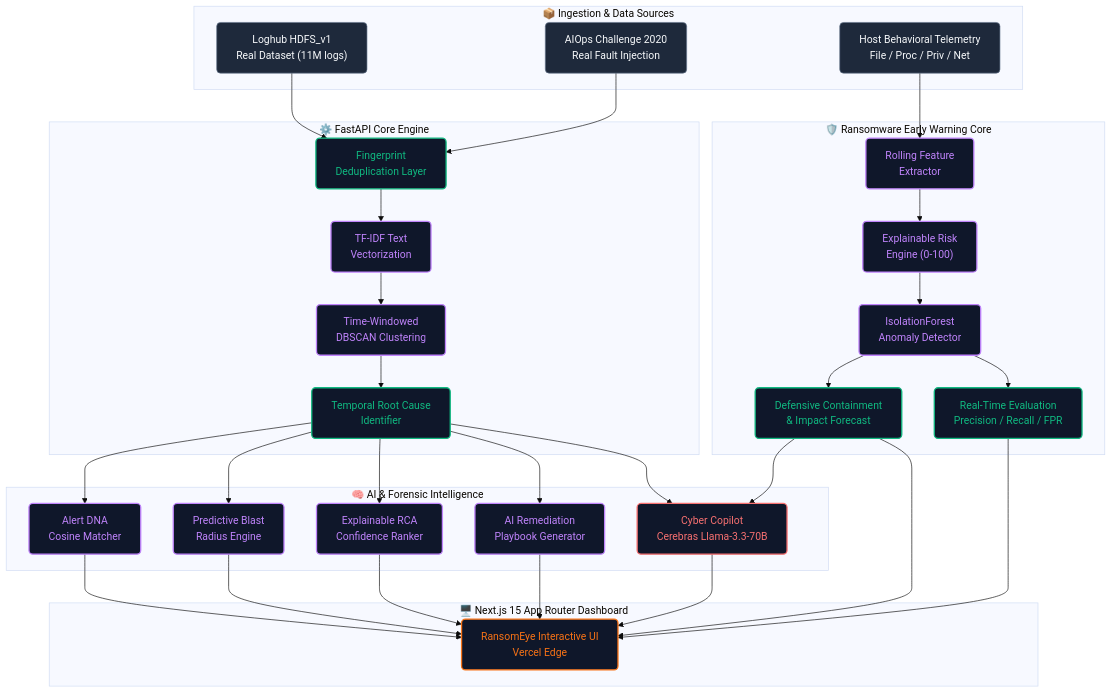
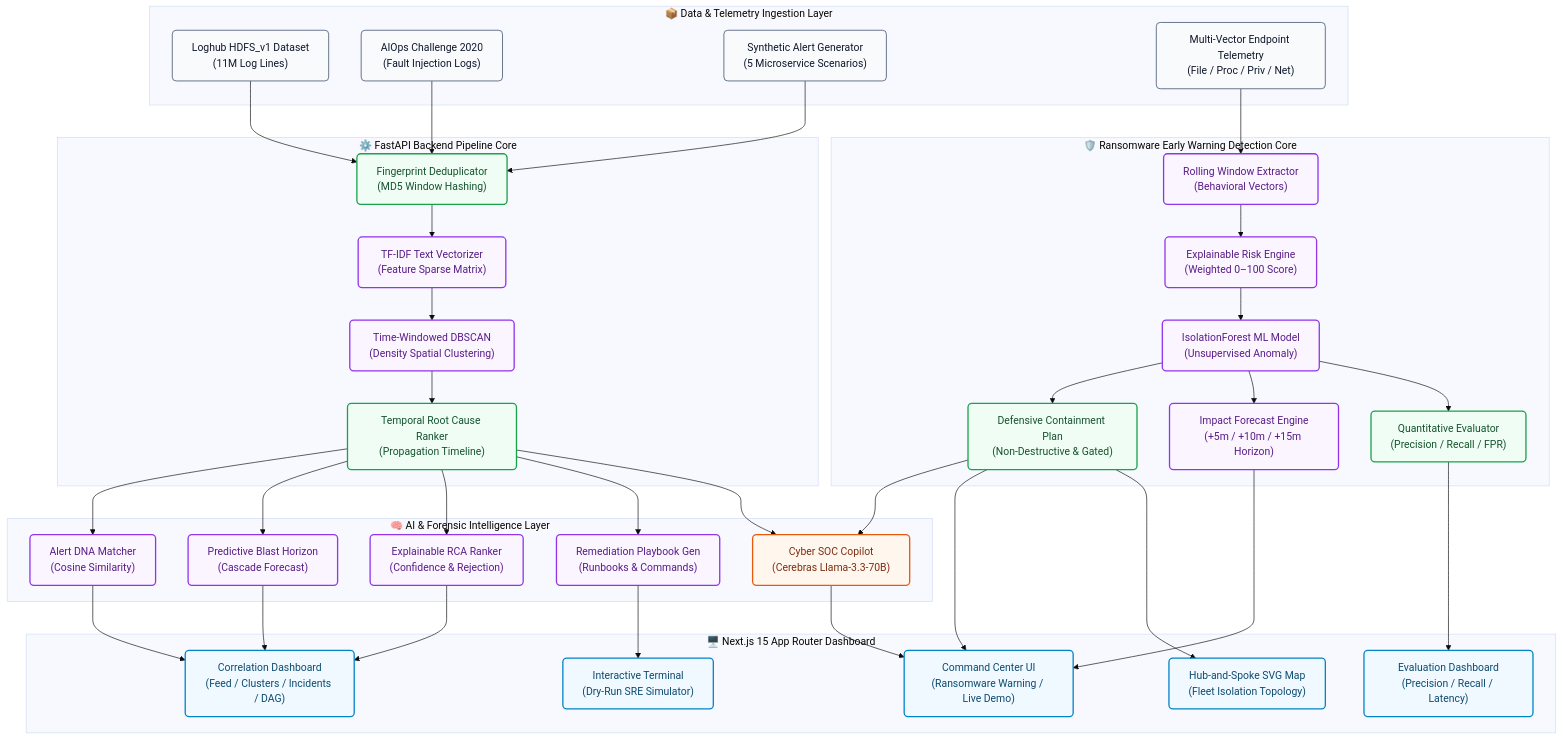
One commit to Aditya-Khetawat/RANSOMEYE-CYBERSECURITY changed the diagram in README.md. Above: the diagram before and after it, drawn with Mermaid (base theme). The commit also changed other lines of this file, not shown here.

Commit message:
docs: rewrite README from scratch with complete multi-tier architecture diagram

````diff
--- a/README.md
+++ b/README.md
@@ -200,70 +97,80 @@
 ```mermaid
 graph TD
-    classDef frontend fill:#0f172a,stroke:#f97316,stroke-width:2px,color:#f97316,rx:6,ry:6;
-    classDef backend fill:#0f172a,stroke:#10b981,stroke-width:2px,color:#10b981,rx:6,ry:6;
-    classDef ml fill:#0f172a,stroke:#c084fc,stroke-width:2px,color:#c084fc,rx:6,ry:6;
-    classDef ai fill:#0f172a,stroke:#f87171,stroke-width:2px,color:#f87171,rx:6,ry:6;
-    classDef external fill:#1e293b,stroke:#64748b,stroke-width:1px,color:#f8fafc,rx:6,ry:6;
+    classDef source fill:#f8fafc,stroke:#64748b,stroke-width:1.5px,color:#0f172a,rx:6,ry:6;
+    classDef engine fill:#f0fdf4,stroke:#16a34a,stroke-width:2px,color:#14532d,rx:6,ry:6;
+    classDef ml fill:#faf5ff,stroke:#9333ea,stroke-width:2px,color:#581c87,rx:6,ry:6;
+    classDef ai fill:#fff7ed,stroke:#ea580c,stroke-width:2px,color:#7c2d12,rx:6,ry:6;
+    classDef ui fill:#f0f9ff,stroke:#0284c7,stroke-width:2px,color:#0c4a6e,rx:6,ry:6;
 
-    subgraph DataSources ["📦 Ingestion & Data Sources"]
-        Loghub["Loghub HDFS_v1<br>Real Dataset (11M logs)"]:::external
-        AIOps["AIOps Challenge 2020<br>Real Fault Injection"]:::external
-        TelemetryGen["Host Behavioral Telemetry<br>File / Proc / Priv / Net"]:::external
+    subgraph DataIngestion ["📦 Data & Telemetry Ingestion Layer"]
+        HDFSDataset["Loghub HDFS_v1 Dataset<br>(11M Log Lines)"]:::source
+        AIOpsDataset["AIOps Challenge 2020<br>(Fault Injection Logs)"]:::source
+        ChaosGen["Synthetic Alert Generator<br>(5 Microservice Scenarios)"]:::source
+        HostTelemetry["Multi-Vector Endpoint Telemetry<br>(File / Proc / Priv / Net)"]:::source
     end
 
-    subgraph CoreBackend ["⚙️ FastAPI Core Engine"]
-        DedupEngine["Fingerprint<br>Deduplication Layer"]:::backend
-        VectorEngine["TF-IDF Text<br>Vectorization"]:::ml
-        DbscanEngine["Time-Windowed<br>DBSCAN Clustering"]:::ml
-        RcaEngine["Temporal Root Cause<br>Identifier"]:::backend
-
-        DedupEngine --> VectorEngine
-        VectorEngine --> DbscanEngine
-        DbscanEngine --> RcaEngine
+    subgraph BackendCore ["⚙️ FastAPI Backend Pipeline Core"]
+        FingerprintDedup["Fingerprint Deduplicator<br>(MD5 Window Hashing)"]:::engine
+        TFIDFEmbedder["TF-IDF Text Vectorizer<br>(Feature Sparse Matrix)"]:::ml
+        DBSCANClusterer["Time-Windowed DBSCAN<br>(Density Spatial Clustering)"]:::ml
+        TemporalRCA["Temporal Root Cause Ranker<br>(Propagation Timeline)"]:::engine
     end
 
-    subgraph RansomwareCore ["🛡️ Ransomware Early Warning Core"]
-        FeatureExtractor["Rolling Feature<br>Extractor"]:::ml
-        RiskEngine["Explainable Risk<br>Engine (0-100)"]:::ml
-        AnomalyDetector["IsolationForest<br>Anomaly Detector"]:::ml
-        ContainmentEngine["Defensive Containment<br>& Impact Forecast"]:::backend
-        EvalModule["Real-Time Evaluation<br>Precision / Recall / FPR"]:::backend
-
-        FeatureExtractor --> RiskEngine
-        RiskEngine --> AnomalyDetector
-        AnomalyDetector --> ContainmentEngine
-        AnomalyDetector --> EvalModule
+    subgraph RansomwareCore ["🛡️ Ransomware Early Warning Detection Core"]
+        FeatureExtractor["Rolling Window Extractor<br>(Behavioral Vectors)"]:::ml
+        RiskEngine["Explainable Risk Engine<br>(Weighted 0–100 Score)"]:::ml
+        IsolationForest["IsolationForest ML Model<br>(Unsupervised Anomaly)"]:::ml
+        ContainmentEngine["Defensive Containment Plan<br>(Non-Destructive & Gated)"]:::engine
+        ForecastEngine["Impact Forecast Engine<br>(+5m / +10m / +15m Horizon)"]:::ml
+        EvalEvaluator["Quantitative Evaluator<br>(Precision / Recall / FPR)"]:::engine
     end
 
-    subgraph IntelligenceLayer ["🧠 AI & Forensic Intelligence"]
-        AlertDNA["Alert DNA<br>Cosine Matcher"]:::ml
-        BlastForecast["Predictive Blast<br>Radius Engine"]:::ml
-        XaiRca["Explainable RCA<br>Confidence Ranker"]:::ml
-        PlaybookGen["AI Remediation<br>Playbook Generator"]:::ml
-        Llamacopilot["Cyber Copilot<br>Cerebras Llama-3.3-70B"]:::ai
+    subgraph IntelligenceLayer ["🧠 AI & Forensic Intelligence Layer"]
+        AlertDNAEngine["Alert DNA Matcher<br>(Cosine Similarity)"]:::ml
+        BlastRadiusModel["Predictive Blast Horizon<br>(Cascade Forecast)"]:::ml
+        XaiRanker["Explainable RCA Ranker<br>(Confidence & Rejection)"]:::ml
+        PlaybookGenerator["Remediation Playbook Gen<br>(Runbooks & Commands)"]:::ml
+        CerebrasCopilot["Cyber SOC Copilot<br>(Cerebras Llama-3.3-70B)"]:::ai
     end
 
-    subgraph FrontendApp ["🖥️ Next.js 15 App Router Dashboard"]
-        UI["RansomEye Interactive UI<br>Vercel Edge"]:::frontend
+    subgraph PresentationUI ["🖥️ Next.js 15 App Router Dashboard"]
+        HomeDashboard["Command Center UI<br>(Ransomware Warning / Live Demo)"]:::ui
+        TopologyMap["Hub-and-Spoke SVG Map<br>(Fleet Isolation Topology)"]:::ui
+        EvalDashboard["Evaluation Dashboard<br>(Precision / Recall / Latency)"]:::ui
+        CorrelationViews["Correlation Dashboard<br>(Feed / Clusters / Incidents / DAG)"]:::ui
+        TerminalModal["Interactive Terminal<br>(Dry-Run SRE Simulator)"]:::ui
     end
 
-    Loghub --> DedupEngine
-    AIOps --> DedupEngine
-    TelemetryGen --> FeatureExtractor
+    HDFSDataset --> FingerprintDedup
+    AIOpsDataset --> FingerprintDedup
+    ChaosGen --> FingerprintDedup
+    HostTelemetry --> FeatureExtractor
 
-    RcaEngine --> AlertDNA
-    RcaEngine --> BlastForecast
-    RcaEngine --> XaiRca
-    RcaEngine --> PlaybookGen
-    RcaEngine --> Llamacopilot
+    FingerprintDedup --> TFIDFEmbedder
+    TFIDFEmbedder --> DBSCANClusterer
+    DBSCANClusterer --> TemporalRCA
 
-    ContainmentEngine --> Llamacopilot
+    FeatureExtractor --> RiskEngine
+    RiskEngine --> IsolationForest
+    IsolationForest --> ContainmentEngine
+    IsolationForest --> ForecastEngine
+    IsolationForest --> EvalEvaluator
 
-    AlertDNA --> UI
-    BlastForecast --> UI
-    XaiRca --> UI
-    PlaybookGen --> UI
-    ContainmentEngine --> UI
-    EvalModule --> UI
-    Llamacopilot --> UI
+    TemporalRCA --> AlertDNAEngine
+    TemporalRCA --> BlastRadiusModel
+    TemporalRCA --> XaiRanker
+    TemporalRCA --> PlaybookGenerator
+    TemporalRCA --> CerebrasCopilot
+
+    ContainmentEngine --> CerebrasCopilot
+
+    ContainmentEngine --> HomeDashboard
+    ForecastEngine --> HomeDashboard
+    EvalEvaluator --> EvalDashboard
+    AlertDNAEngine --> CorrelationViews
+    BlastRadiusModel --> CorrelationViews
+    XaiRanker --> CorrelationViews
+    PlaybookGenerator --> TerminalModal
+    CerebrasCopilot --> HomeDashboard
+    ContainmentEngine --> TopologyMap
 ```
````
